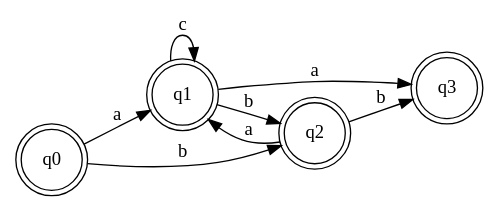
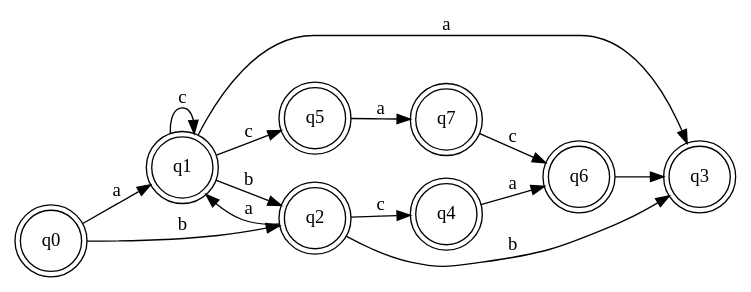
One commit to andrelago13/COMP changed the diagram in examples/Manual/FA.dot. Above: the diagram before and after it, drawn with Graphviz. The commit also changed 1 other file, not shown here.

```diff
--- a/examples/Manual/FA.dot
+++ b/examples/Manual/FA.dot
@@ -1,14 +1,20 @@
 digraph {
   rankdir=LR;
   node [shape = doublecircle,
   		peripheries = 2]; q3;
   node [shape = circle];
   START[label=q0];
   START -> q1 [label=a];
   START -> q2 [label=b];
   q1 -> q2 [label=b];
   q1 -> q3 [label=a];
   q2 -> q1 [label=a];
   q2 -> q3 [label=b];
   q1 -> q1 [label=c];
+  q5 -> q7 [label=a];
+  q4 -> q6 [label=a];
+  q1 -> q5 [label=c];
+  q2 -> q4 [label=c];
+  q7 -> q6 [label=c];
+  q6 -> q3;
 }
```
